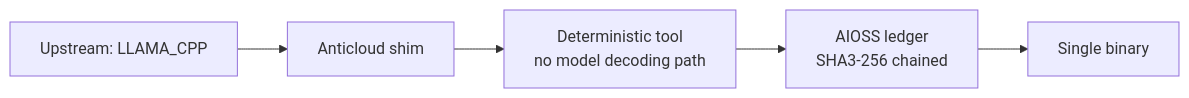
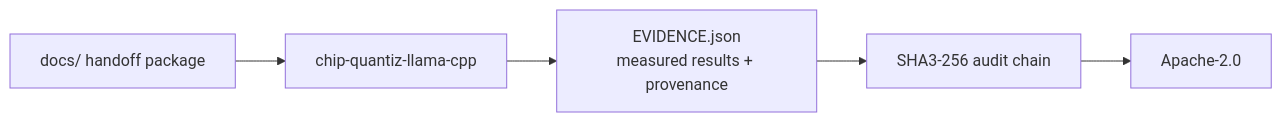
One commit to the-anticloud/chip-quantiz-llama-cpp changed the diagram in README.md. Above: the diagram before and after it, drawn with Mermaid. The commit also changed other lines of this file and 8 other files, not shown here.

````diff
--- a/README.md
+++ b/README.md
@@ -11,7 +22,7 @@
 ```mermaid
 graph LR
-    U[Upstream: LLAMA_CPP] --> S[Anticloud shim]
-    S --> T[Deterministic tool<br/>no model decoding path]
-    T --> A[AIOSS ledger<br/>SHA3-256 chained]
-    A --> B[Single binary]
+    D[docs/ handoff package] --> R[chip-quantiz-llama-cpp]
+    R --> E[EVIDENCE.json\nmeasured results + provenance]
+    E --> A[SHA3-256 audit chain]
+    A --> L[Apache-2.0]
 ```
````
